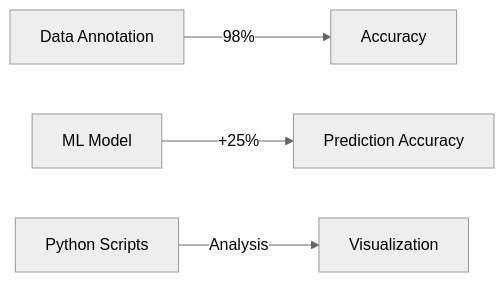
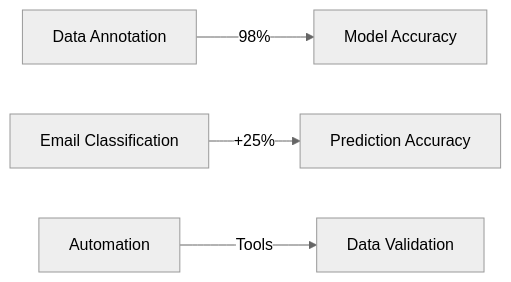
The third of 3 diagrams in README.md (saisrinivas194/saisrinivas194), drawn with Mermaid (neutral theme) before and after one commit. The commit also changed other lines of this file, not shown here.

````diff
--- a/README.md
+++ b/README.md
@@ -77,6 +72,6 @@
 ```mermaid
 graph LR
-    A[Data Annotation] -->|98%| B[Accuracy]
-    C[ML Model] -->|+25%| D[Prediction Accuracy]
-    E[Python Scripts] -->|Analysis| F[Visualization]
+    A[Data Annotation] -->|98%| B[Model Accuracy]
+    C[Email Classification] -->|+25%| D[Prediction Accuracy]
+    E[Automation] -->|Tools| F[Data Validation]
 ```
````
